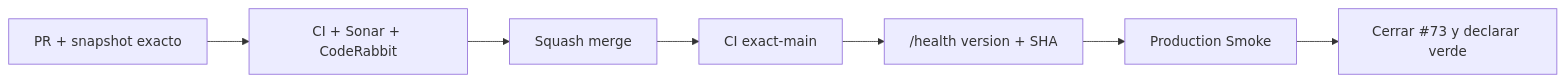
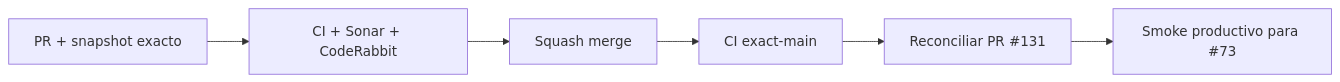
Before and after one commit to pl0n3r/GrindFlow: the diagram in README.md, drawn with Mermaid. The commit also changed other lines of this file and 3 other files, not shown here.

````diff
--- a/README.md
+++ b/README.md
@@ -47,9 +47,8 @@
 ```mermaid
 flowchart LR
  A["PR + snapshot exacto"] --> C["CI + Sonar + CodeRabbit"]
  C --> M["Squash merge"]
  M --> X["CI exact-main"]
- X --> H["/health version + SHA"]
- H --> S["Production Smoke"]
- S --> G["Cerrar #73 y declarar verde"]
+ X --> S["Reconciliar PR #131"]
+ S --> G["Smoke productivo para #73"]
 ```
````
